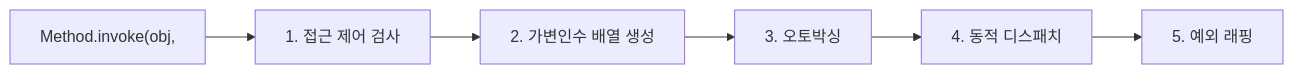
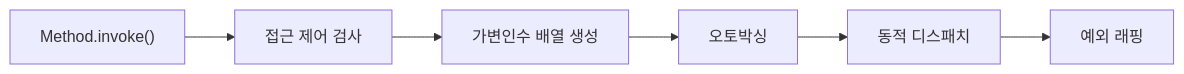
One commit to yjkim2015/yjkim2015.github.io changed the second of 4 diagrams in _posts/java/2026-05-01-java-reflection.md. Above: the diagram before and after it, drawn with Mermaid. The commit also changed other lines of this file and 245 other files, not shown here.

First line of the commit message:
Mermaid 다이어그램 전면 수정 + 면접 포인트 접기/펼치기 + DB 데드락 페이지

````diff
--- a/_posts/java/2026-05-01-java-reflection.md
+++ b/_posts/java/2026-05-01-java-reflection.md
@@ -553,10 +554,8 @@
 ```mermaid
 graph LR
-    INVOKE["Method.invoke(obj,"]
-    CHECK["1. 접근 제어 검사"]
-    ARRAY["2. 가변인수 배열 생성"]
-    BOX["3. 오토박싱"]
-    DISPATCH["4. 동적 디스패치"]
-    WRAP["5. 예외 래핑"]
-    INVOKE --> CHECK --> ARRAY --> BOX --> DISPATCH --> WRAP
+    INVOKE["Method.invoke()"] --> CHECK["접근 제어 검사"]
+    CHECK --> ARRAY["가변인수 배열 생성"]
+    ARRAY --> BOX["오토박싱"]
+    BOX --> DISPATCH["동적 디스패치"]
+    DISPATCH --> WRAP["예외 래핑"]
 ```
````
